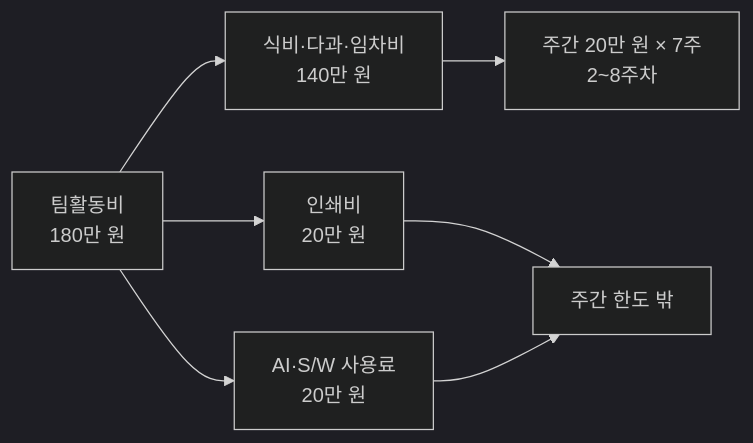
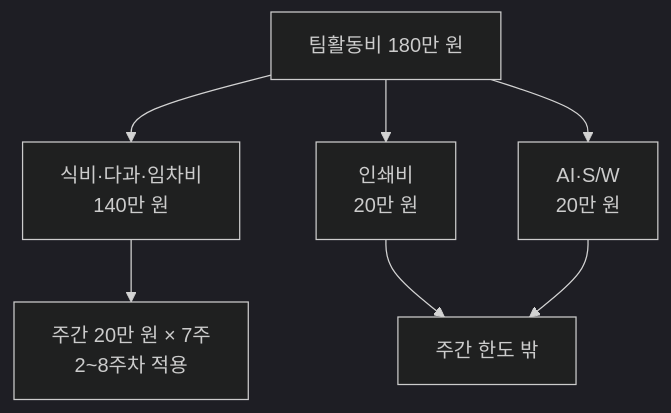
Before and after one commit to chuloh-careerhigh/careerhigh_workexp_2608: the first of 3 diagrams in team-activity/expenses/usage-principles.mdx, drawn with Mermaid (dark theme). The commit also changed other lines of this file and 1 other file, not shown here.

Commit message:
Make Mermaid diagrams legible on mobile
Measured on the deployed page: Mintlify wraps Mermaid in overflow-hidden and
scales the SVG down to fit instead of allowing horizontal scroll. A wide
LR chain therefore becomes unreadable on a 375px viewport.

Before, at 375px: 타임존 946px natural → 0.35 scale → 5.7px effective type;
예산 배분 582px → 0.58 → 9.2px. The narrow TD diagram rendered at 1.00.

- Switch both LR diagrams to flowchart TD and shorten node labels
- Record the constraint in AGENTS.md: prefer TD, keep natural width under
  400px, at most two lines per node

````diff
--- a/team-activity/expenses/usage-principles.mdx
+++ b/team-activity/expenses/usage-principles.mdx
@@ -15,9 +15,9 @@
 ```mermaid
-flowchart LR
-  T["팀활동비<br/>180만 원"] --> A["식비·다과·임차비<br/>140만 원"]
+flowchart TD
+  T["팀활동비 180만 원"] --> A["식비·다과·임차비<br/>140만 원"]
   T --> B["인쇄비<br/>20만 원"]
-  T --> C["AI·S/W 사용료<br/>20만 원"]
-  A --> W["주간 20만 원 × 7주<br/>2~8주차"]
+  T --> C["AI·S/W<br/>20만 원"]
+  A --> W["주간 20만 원 × 7주<br/>2~8주차 적용"]
   B --> O["주간 한도 밖"]
   C --> O
 ```
````
